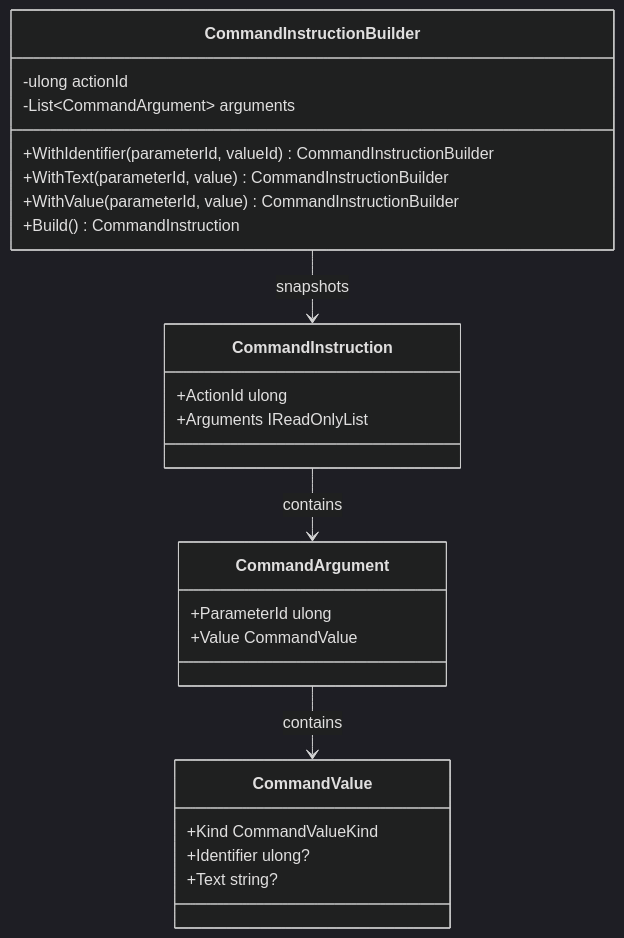
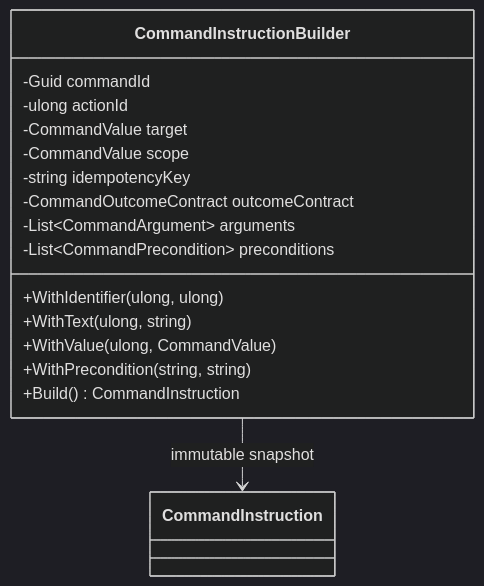
One commit to TrentBest/TheSingularityWorkshop.CommandAi changed the diagram in docs/UML/CommandInstructionBuilderUML.md. Above: the diagram before and after it, drawn with Mermaid (dark theme). The commit also changed other lines of this file, not shown here.

Commit message:
Update instruction builder UML for metadata and preconditions

````diff
--- a/docs/UML/CommandInstructionBuilderUML.md
+++ b/docs/UML/CommandInstructionBuilderUML.md
@@ -8,27 +6,19 @@
-```mermaid
+~~~mermaid
 classDiagram
-    class CommandInstructionBuilder {
-      -ulong actionId
-      -List~CommandArgument~ arguments
-      +WithIdentifier(parameterId, valueId) CommandInstructionBuilder
-      +WithText(parameterId, value) CommandInstructionBuilder
-      +WithValue(parameterId, value) CommandInstructionBuilder
-      +Build() CommandInstruction
-    }
-    class CommandInstruction {
-      +ActionId ulong
-      +Arguments IReadOnlyList
-    }
-    class CommandArgument {
-      +ParameterId ulong
-      +Value CommandValue
-    }
-    class CommandValue {
-      +Kind CommandValueKind
-      +Identifier ulong?
-      +Text string?
-    }
-    CommandInstructionBuilder --> CommandInstruction : snapshots
-    CommandInstruction --> CommandArgument : contains
-    CommandArgument --> CommandValue : contains
-```
+  class CommandInstructionBuilder {
+    -Guid commandId
+    -ulong actionId
+    -CommandValue target
+    -CommandValue scope
+    -string idempotencyKey
+    -CommandOutcomeContract outcomeContract
+    -List~CommandArgument~ arguments
+    -List~CommandPrecondition~ preconditions
+    +WithIdentifier(ulong, ulong)
+    +WithText(ulong, string)
+    +WithValue(ulong, CommandValue)
+    +WithPrecondition(string, string)
+    +Build() CommandInstruction
+  }
+  CommandInstructionBuilder --> CommandInstruction : immutable snapshot
+~~~
````
